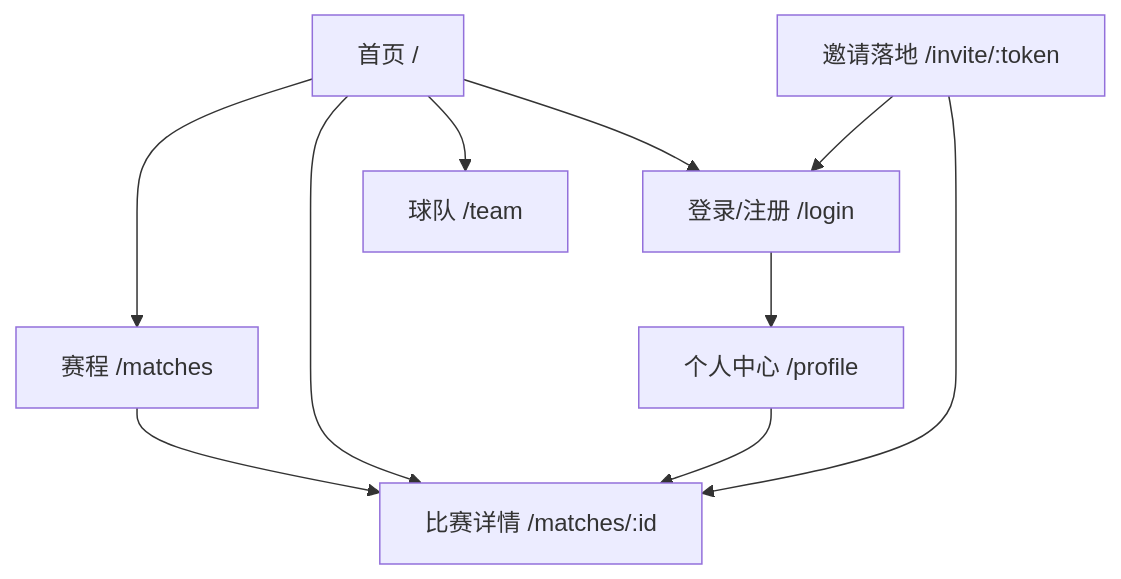
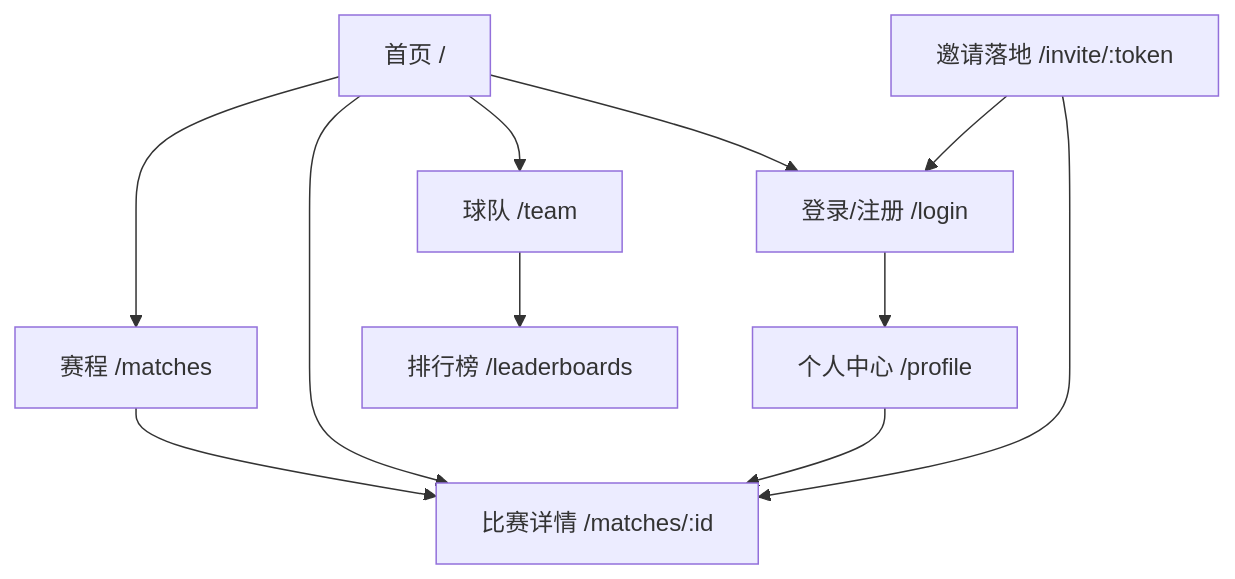
The first of 10 diagrams in docs/design/02.页面结构与交互设计.md (zhouyacheng/yunhefc), drawn with Mermaid before and after one commit. The commit also changed other lines of this file and 47 other files, not shown here.

````diff
--- a/docs/design/02.页面结构与交互设计.md
+++ b/docs/design/02.页面结构与交互设计.md
@@ -26,12 +26,13 @@
 ```mermaid
 flowchart TD
   Home[首页 /] --> Matches[赛程 /matches]
   Home --> MatchDetail[比赛详情 /matches/:id]
   Matches --> MatchDetail
   Home --> Team[球队 /team]
+  Team --> Leaderboard[排行榜 /leaderboards]
   Home --> Login[登录/注册 /login]
   Login --> Profile[个人中心 /profile]
   Invite[邀请落地 /invite/:token] --> Login
   Invite --> MatchDetail
   Profile --> MatchDetail
 ```
````
